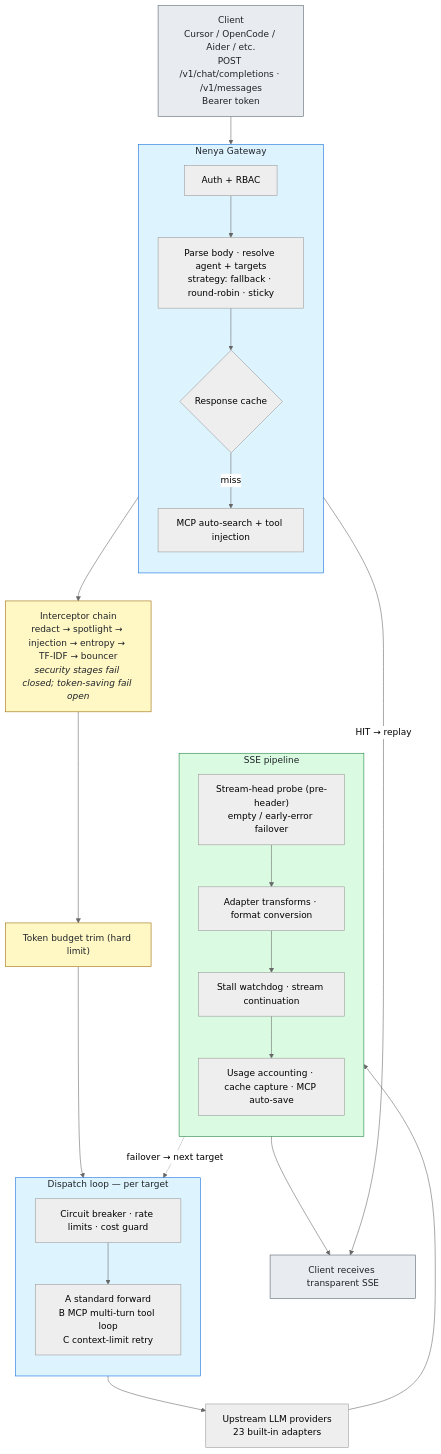
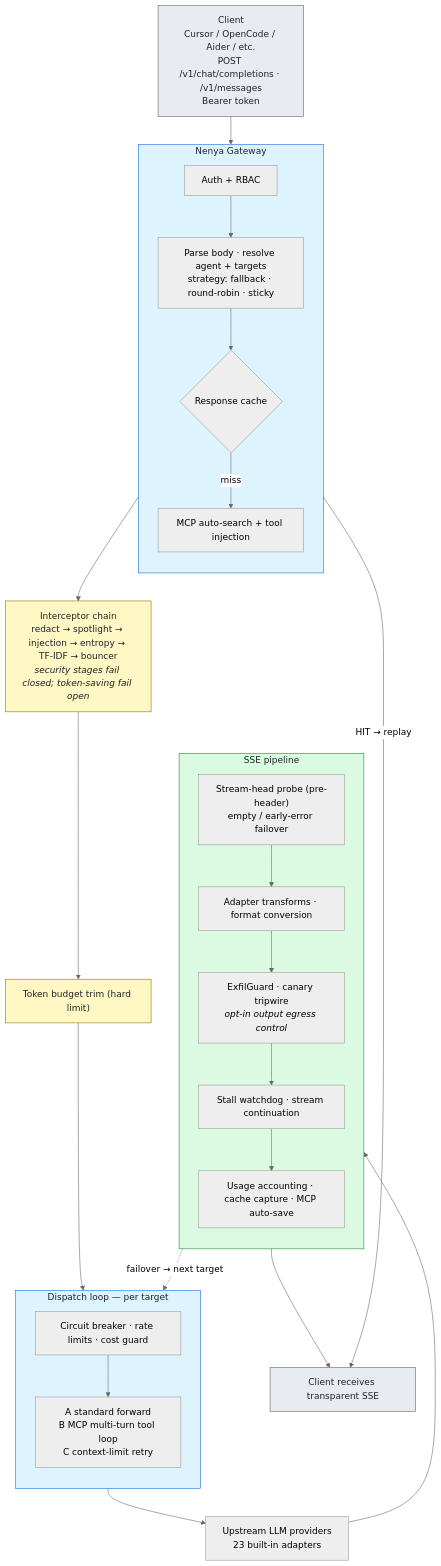
One commit to gumieri/nenya changed the diagram in README.md. Above: the diagram before and after it, drawn with Mermaid (neutral theme). The commit also changed other lines of this file and 1 other file, not shown here.

````diff
--- a/README.md
+++ b/README.md
@@ -120,49 +121,50 @@
 ```mermaid
 flowchart TD
     CLIENT["Client<br/>Cursor / OpenCode / Aider / etc.<br/>POST /v1/chat/completions · /v1/messages<br/>Bearer token"]
 
     subgraph GW["Nenya Gateway"]
         direction TB
         AUTH["Auth + RBAC"]
         RESOLVE["Parse body · resolve agent + targets<br/>strategy: fallback · round-robin · sticky"]
         CACHE{"Response cache"}
         MCPINJ["MCP auto-search + tool injection"]
     end
 
     CHAIN["Interceptor chain<br/>redact → spotlight → injection → entropy → TF-IDF → bouncer<br/><i>security stages fail closed; token-saving fail open</i>"]
     TRIM["Token budget trim (hard limit)"]
 
     subgraph LOOP["Dispatch loop — per target"]
         direction TB
         GUARDS["Circuit breaker · rate limits · cost guard"]
         MODES["A standard forward<br/>B MCP multi-turn tool loop<br/>C context-limit retry"]
     end
 
     UPSTREAM["Upstream LLM providers<br/>23 built-in adapters"]
 
     subgraph SSE["SSE pipeline"]
         direction TB
         PROBE["Stream-head probe (pre-header)<br/>empty / early-error failover"]
         XFORM["Adapter transforms · format conversion"]
+        EGRESS["ExfilGuard · canary tripwire<br/><i>opt-in output egress control</i>"]
         WATCH["Stall watchdog · stream continuation"]
         ACCT["Usage accounting · cache capture · MCP auto-save"]
     end
 
     OUT["Client receives transparent SSE"]
 
     CLIENT --> AUTH --> RESOLVE --> CACHE
     CACHE -- "HIT → replay" --> OUT
     CACHE -- "miss" --> MCPINJ --> CHAIN --> TRIM --> GUARDS --> MODES --> UPSTREAM
-    UPSTREAM --> PROBE --> XFORM --> WATCH --> ACCT --> OUT
+    UPSTREAM --> PROBE --> XFORM --> EGRESS --> WATCH --> ACCT --> OUT
     PROBE -. "failover → next target" .-> GUARDS
 
     classDef io fill:#e8ebf0,stroke:#57606a,color:#1f2328
     classDef gw fill:#ddf4ff,stroke:#0969da,color:#1f2328
     classDef pipe fill:#fff8c5,stroke:#9a6700,color:#1f2328
     classDef sse fill:#dafbe1,stroke:#1a7f37,color:#1f2328
 
     class CLIENT,OUT io
     class GW,LOOP gw
     class CHAIN,TRIM pipe
     class SSE sse
 ```
````
